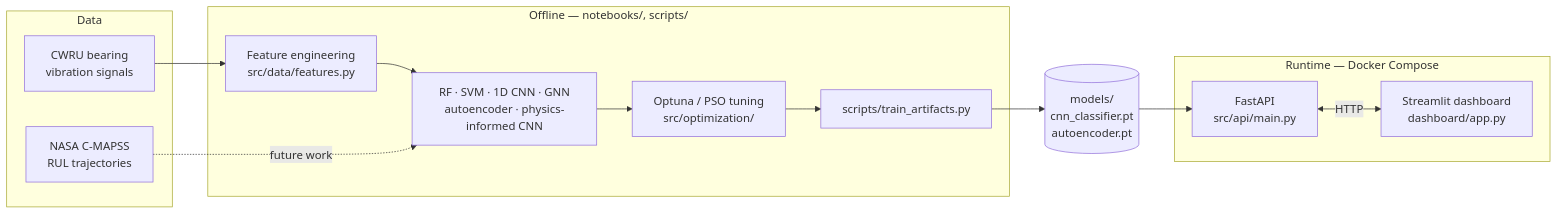
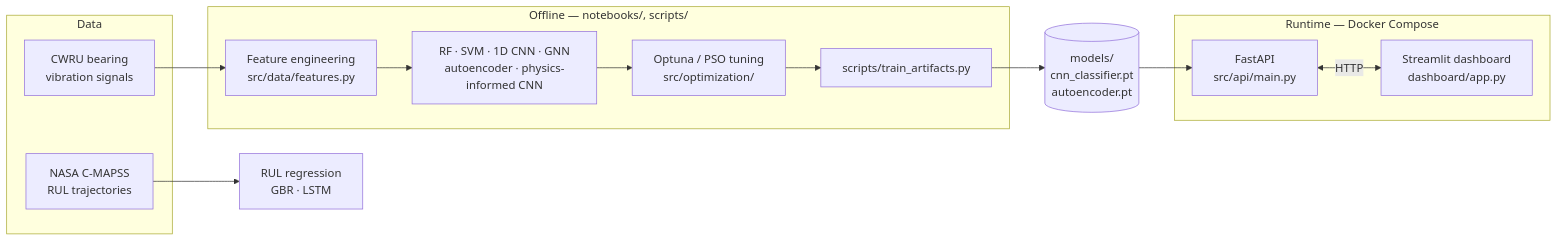
The diagram in README.md (GMCavalheri/Fault-Detection-in-Engine-Parts-Using-PINN), drawn with Mermaid before and after one commit. The commit also changed other lines of this file and 13 other files, not shown here.

````diff
--- a/README.md
+++ b/README.md
@@ -29,25 +30,26 @@
 ```mermaid
 flowchart LR
     subgraph Data
         CWRU[CWRU bearing<br/>vibration signals]
         CMAPSS[NASA C-MAPSS<br/>RUL trajectories]
     end
     subgraph Training [Offline — notebooks/, scripts/]
         FEAT[Feature engineering<br/>src/data/features.py]
         MODELS[RF · SVM · 1D CNN · GNN<br/>autoencoder · physics-informed CNN]
         TUNE[Optuna / PSO tuning<br/>src/optimization/]
         TRAIN[scripts/train_artifacts.py]
     end
     subgraph Serving [Runtime — Docker Compose]
         API[FastAPI<br/>src/api/main.py]
         DASH[Streamlit dashboard<br/>dashboard/app.py]
     end
+    RUL[RUL regression<br/>GBR · LSTM]
     ARTIFACTS[(models/<br/>cnn_classifier.pt<br/>autoencoder.pt)]
 
     CWRU --> FEAT --> MODELS
-    CMAPSS -.future work.-> MODELS
+    CMAPSS --> RUL
     MODELS --> TUNE --> TRAIN
     TRAIN --> ARTIFACTS
     ARTIFACTS --> API
     API <--HTTP--> DASH
 ```
````
